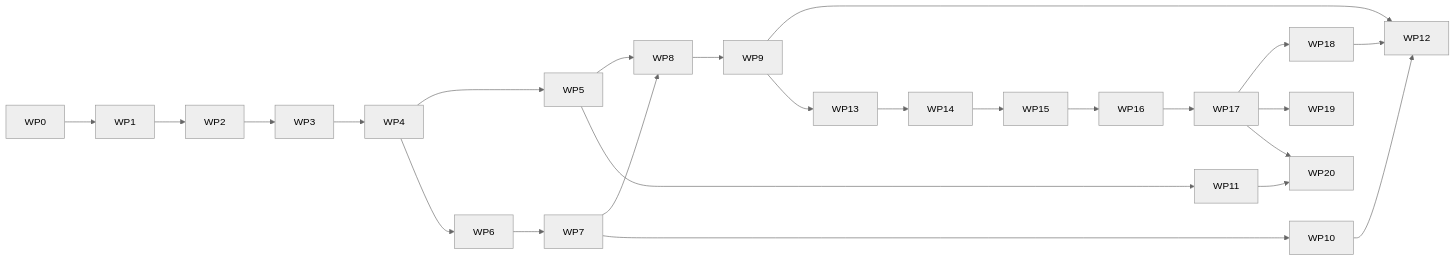
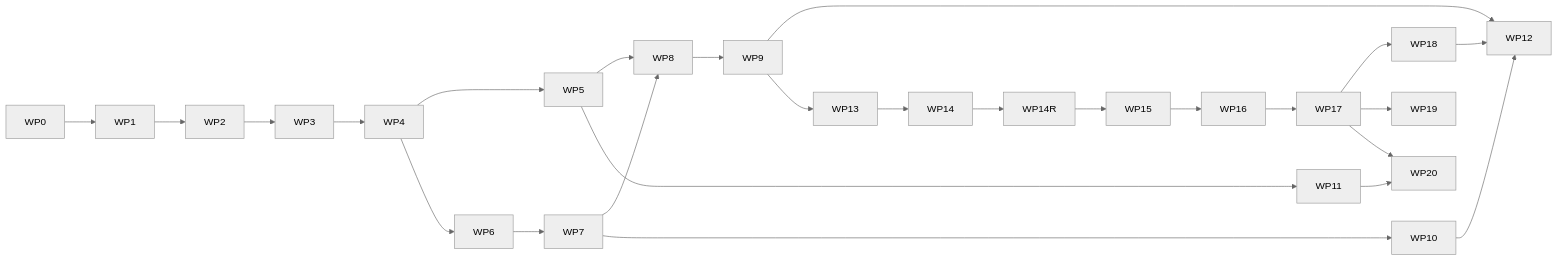
The diagram in docs/16-roadmap-and-work-packages.md (tsunflowerr/RideBound), drawn with Mermaid (neutral theme) before and after one commit. The commit also changed other lines of this file and 285 other files, not shown here.

````diff
--- a/docs/16-roadmap-and-work-packages.md
+++ b/docs/16-roadmap-and-work-packages.md
@@ -446,27 +482,28 @@
 ```mermaid
 flowchart LR
     W0["WP0"] --> W1["WP1"]
     W1 --> W2["WP2"]
     W2 --> W3["WP3"]
     W3 --> W4["WP4"]
     W4 --> W5["WP5"]
     W4 --> W6["WP6"]
     W6 --> W7["WP7"]
     W5 --> W8["WP8"]
     W7 --> W8
     W8 --> W9["WP9"]
     W7 --> W10["WP10"]
     W9 --> W12["WP12"]
     W10 --> W12
     W5 --> W11["WP11"]
     W9 --> W13["WP13"]
     W13 --> W14["WP14"]
-    W14 --> W15["WP15"]
+    W14 --> W14R["WP14R"]
+    W14R --> W15["WP15"]
     W15 --> W16["WP16"]
     W16 --> W17["WP17"]
     W17 --> W18["WP18"]
     W17 --> W19["WP19"]
     W17 --> W20["WP20"]
     W11 --> W20
     W18 --> W12
 ```
````
